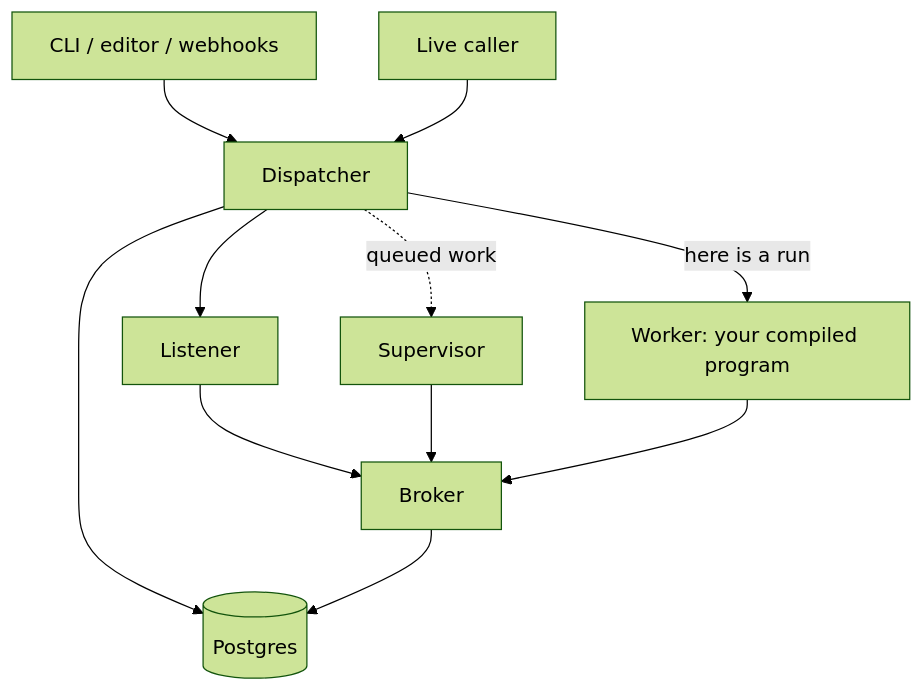
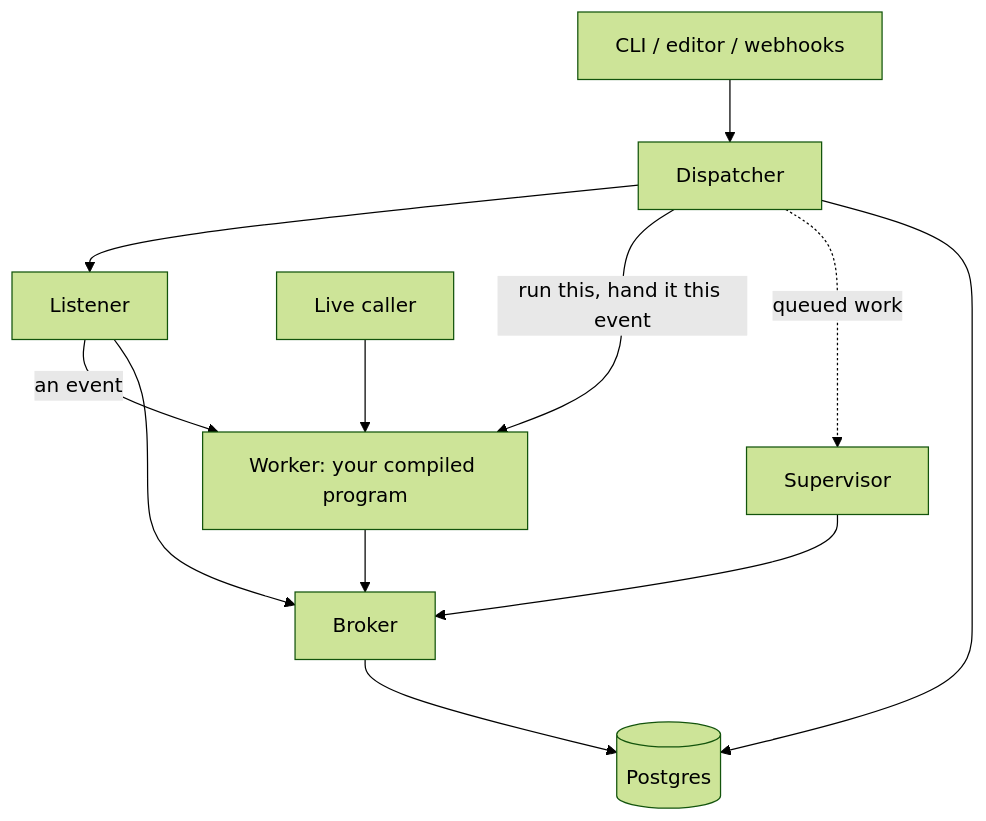
One commit to WeaveMindAI/weft changed the diagram in docs/src/running/architecture.md. Above: the diagram before and after it, drawn with Mermaid (forest theme). The commit also changed other lines of this file and 615 other files, not shown here.

First line of the commit message:
Hold a wait in its worker when a run cannot pause, write runs as rows the worker owns, and review fixes

````diff
--- a/docs/src/running/architecture.md
+++ b/docs/src/running/architecture.md
@@ -24,13 +24,14 @@
 ```mermaid
 flowchart TD
     UI["CLI / editor / webhooks"] --> D["Dispatcher"]
     D --> L["Listener"]
-    D -->|"here is a run"| W["Worker: your compiled program"]
-    C["Live caller"] --> D
+    D -->|"run this, hand it this event"| W["Worker: your compiled program"]
+    C["Live caller"] --> W
+    L -->|"an event"| W
     D -.->|"queued work"| S["Supervisor"]
     D --> PG[("Postgres")]
     L --> B["Broker"]
     S --> B
     W --> B
     B --> PG
 ```
````
